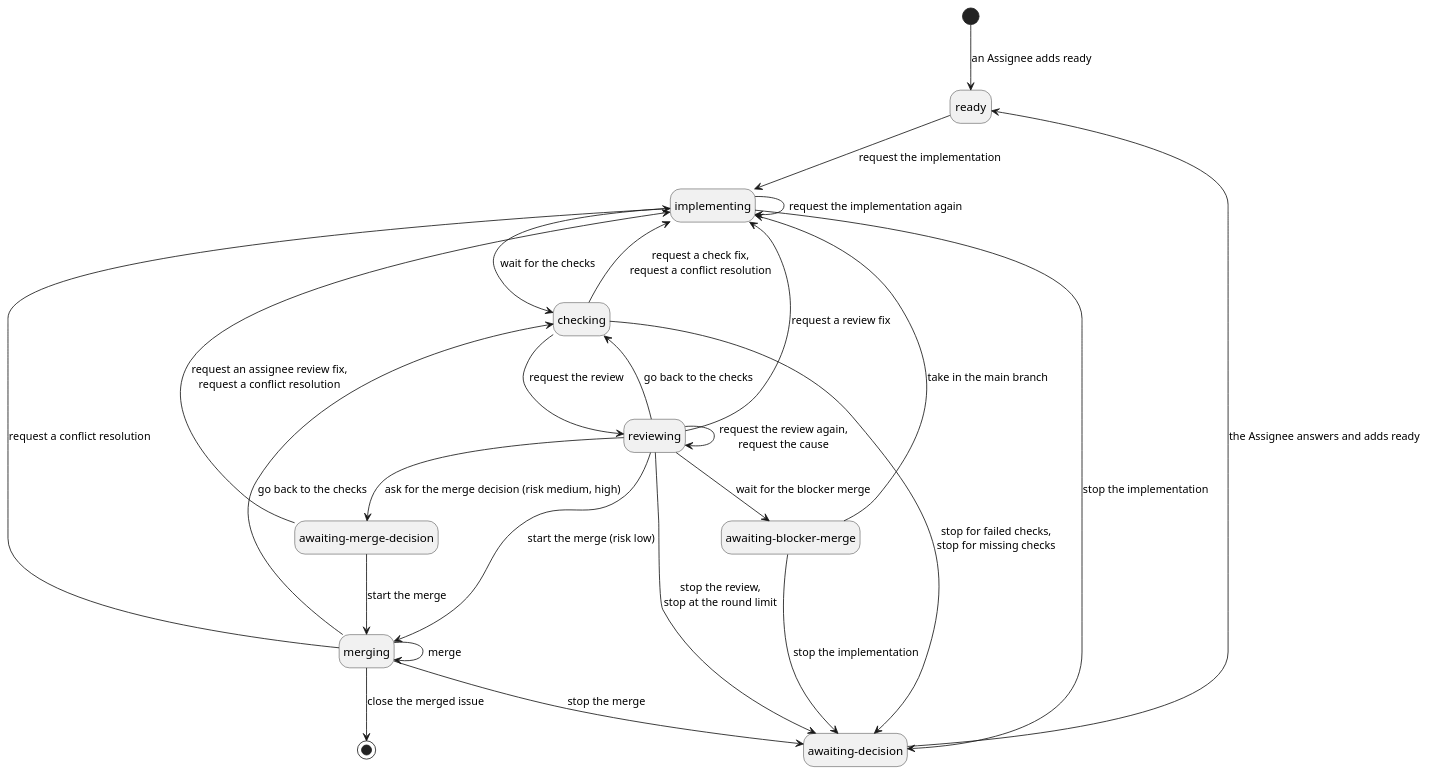
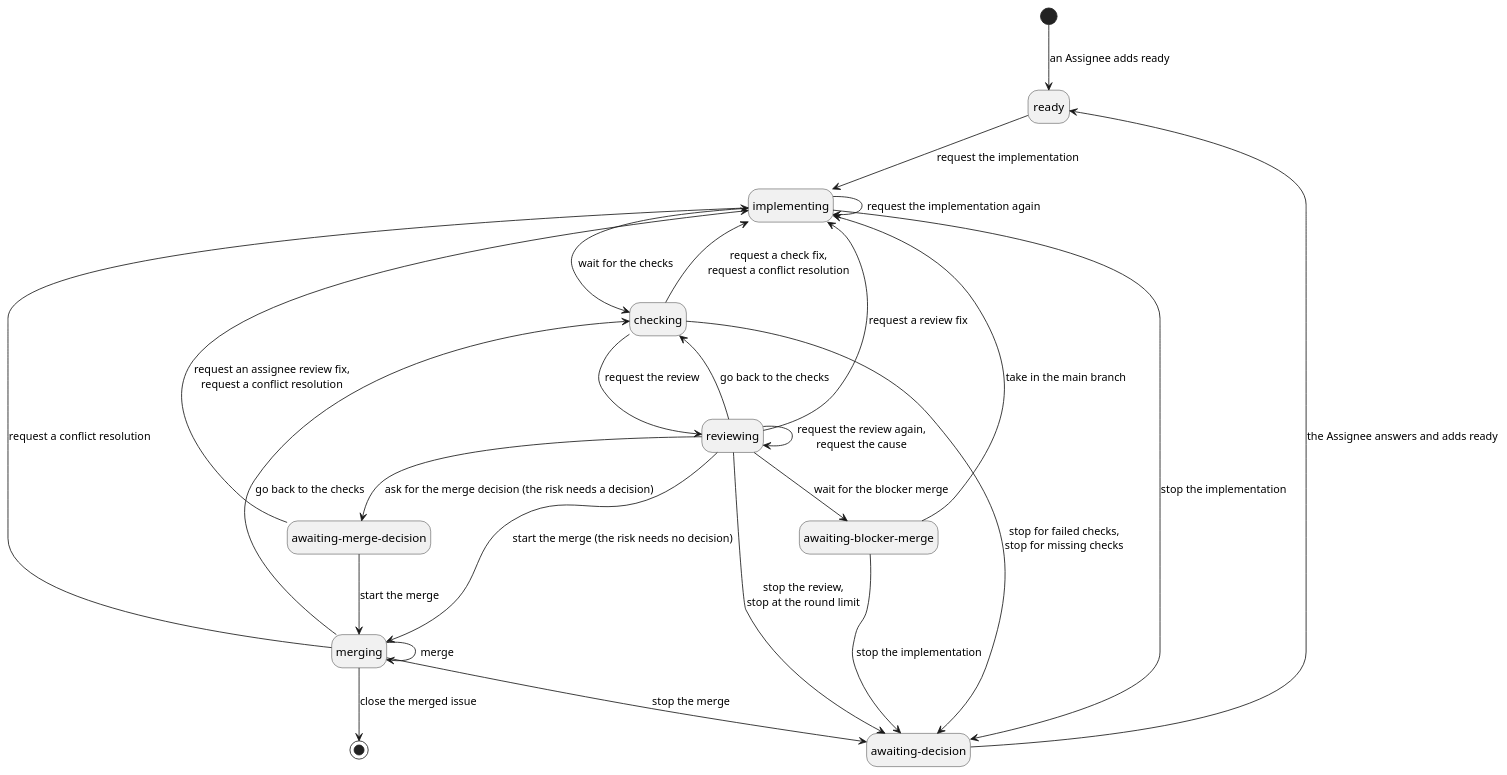
One commit to cloveclovedev/cumin-works changed the diagram in docs/ja/requirements/implementation-issue-states.puml. Above: the diagram before and after it, drawn with PlantUML. The commit also changed 6 other files, not shown here.

First line of the commit message:
docs(requirements): choose by a setting which risks need a merge decision

```diff
--- a/docs/ja/requirements/implementation-issue-states.puml
+++ b/docs/ja/requirements/implementation-issue-states.puml
@@ -1,45 +1,45 @@
 @startuml implementation-issue-states
 ' cumin-works - the states of an implementation issue, with the action names only.
 ' Each category page holds the guards and what cumin does
 ' (implementation, checks, review, merge).
 ' A state is a label on GitHub, written without "cumin/status/".
 ' Render: run scripts/render-diagrams.sh at the root of the repository.
 
 hide empty description
 
 state "ready" as Ready
 state "implementing" as Implementing
 state "checking" as Checking
 state "reviewing" as Reviewing
 state "awaiting-merge-decision" as MergeDecision
 state "awaiting-blocker-merge" as AwaitingBase
 state "merging" as Merging
 state "awaiting-decision" as Decision
 
 [*] --> Ready : an Assignee adds ready
 Ready --> Implementing : request the implementation
 Implementing --> Implementing : request the implementation again
 Implementing --> Checking : wait for the checks
 Implementing --> Decision : stop the implementation
 Checking --> Implementing : request a check fix,\nrequest a conflict resolution
 Checking --> Decision : stop for failed checks,\nstop for missing checks
 Checking --> Reviewing : request the review
 Reviewing --> Reviewing : request the review again,\nrequest the cause
 Reviewing --> Implementing : request a review fix
 Reviewing --> Checking : go back to the checks
 Reviewing --> Decision : stop the review,\nstop at the round limit
-Reviewing --> Merging : start the merge (risk low)
-Reviewing --> MergeDecision : ask for the merge decision (risk medium, high)
+Reviewing --> Merging : start the merge (the risk needs no decision)
+Reviewing --> MergeDecision : ask for the merge decision (the risk needs a decision)
 Reviewing --> AwaitingBase : wait for the blocker merge
 MergeDecision --> Merging : start the merge
 MergeDecision --> Implementing : request an assignee review fix,\nrequest a conflict resolution
 AwaitingBase --> Implementing : take in the main branch
 AwaitingBase --> Decision : stop the implementation
 Merging --> Merging : merge
 Merging --> Checking : go back to the checks
 Merging --> Implementing : request a conflict resolution
 Merging --> Decision : stop the merge
 Merging --> [*] : close the merged issue
 Decision --> Ready : the Assignee answers and adds ready
 
 @enduml
```
